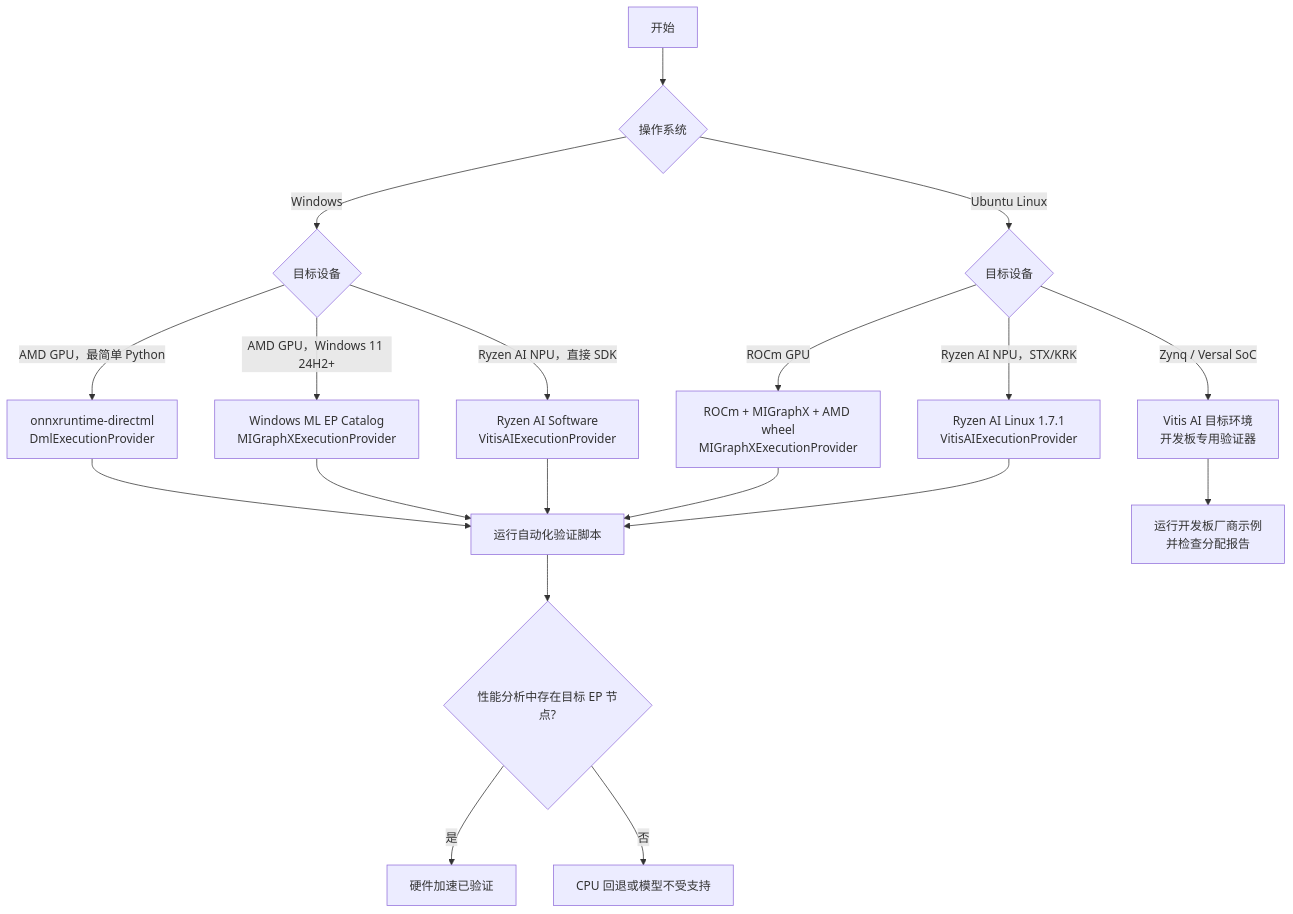
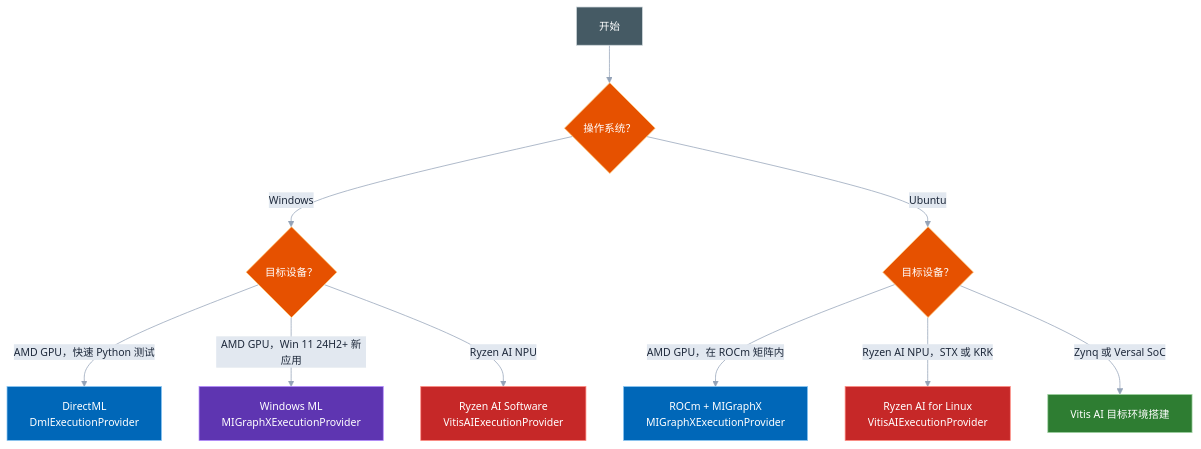
One commit to DakeQQ/Tutorial-ONNX-Runtime-Execution-Providers changed the second of 9 diagrams in AMD/README.zh-CN.md. Above: the diagram before and after it, drawn with Mermaid. The commit also changed other lines of this file and 15 other files, not shown here.

````diff
--- a/AMD/README.zh-CN.md
+++ b/AMD/README.zh-CN.md
@@ -34,24 +103,26 @@
 ```mermaid
+%%{init: {"theme":"base","themeVariables":{"fontSize":"14px","lineColor":"#94a3b8","edgeLabelBackground":"#e2e8f0","primaryTextColor":"#1e293b"}}}%%
 flowchart TD
-    A[开始] --> B{操作系统}
-    B -->|Windows| C{目标设备}
-    B -->|Ubuntu Linux| D{目标设备}
+    A["开始"] --> B{"操作系统？"}
+    B -->|Windows| C{"目标设备？"}
+    B -->|Ubuntu| D{"目标设备？"}
 
-    C -->|AMD GPU，最简单 Python| E[onnxruntime-directml<br/>DmlExecutionProvider]
-    C -->|AMD GPU，Windows 11 24H2+| F[Windows ML EP Catalog<br/>MIGraphXExecutionProvider]
-    C -->|Ryzen AI NPU，直接 SDK| G[Ryzen AI Software<br/>VitisAIExecutionProvider]
+    C -->|"AMD GPU，快速 Python 测试"| E["DirectML<br/>DmlExecutionProvider"]
+    C -->|"AMD GPU，Win 11 24H2+ 新应用"| F["Windows ML<br/>MIGraphXExecutionProvider"]
+    C -->|"Ryzen AI NPU"| G["Ryzen AI Software<br/>VitisAIExecutionProvider"]
 
-    D -->|ROCm GPU| H[ROCm + MIGraphX + AMD wheel<br/>MIGraphXExecutionProvider]
-    D -->|Ryzen AI NPU，STX/KRK| I[Ryzen AI Linux 1.7.1<br/>VitisAIExecutionProvider]
-    D -->|Zynq / Versal SoC| J[Vitis AI 目标环境<br/>开发板专用验证器]
+    D -->|"AMD GPU，在 ROCm 矩阵内"| H["ROCm + MIGraphX<br/>MIGraphXExecutionProvider"]
+    D -->|"Ryzen AI NPU，STX 或 KRK"| I["Ryzen AI for Linux<br/>VitisAIExecutionProvider"]
+    D -->|"Zynq 或 Versal SoC"| J["Vitis AI 目标环境搭建"]
 
-    E --> K[运行自动化验证脚本]
-    F --> K
-    G --> K
-    H --> K
-    I --> K
-    J --> O[运行开发板厂商示例<br/>并检查分配报告]
-    K --> L{性能分析中存在目标 EP 节点?}
-    L -->|是| M[硬件加速已验证]
-    L -->|否| N[CPU 回退或模型不受支持]
+    style A fill:#455a64,stroke:#cfd8dc,color:#ffffff
+    style B fill:#e65100,stroke:#ffcc80,color:#ffffff
+    style C fill:#e65100,stroke:#ffcc80,color:#ffffff
+    style D fill:#e65100,stroke:#ffcc80,color:#ffffff
+    style E fill:#0067b8,stroke:#8dc8f4,color:#ffffff
+    style F fill:#5e35b1,stroke:#b388ff,color:#ffffff
+    style G fill:#c62828,stroke:#ff8a80,color:#ffffff
+    style H fill:#0067b8,stroke:#8dc8f4,color:#ffffff
+    style I fill:#c62828,stroke:#ff8a80,color:#ffffff
+    style J fill:#2e7d32,stroke:#a5d6a7,color:#ffffff
 ```
````
